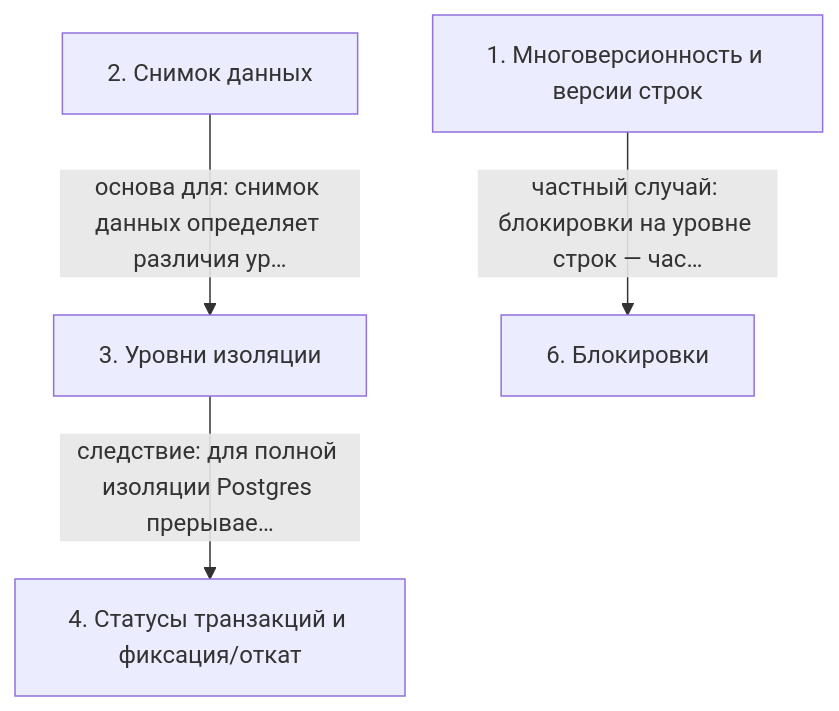
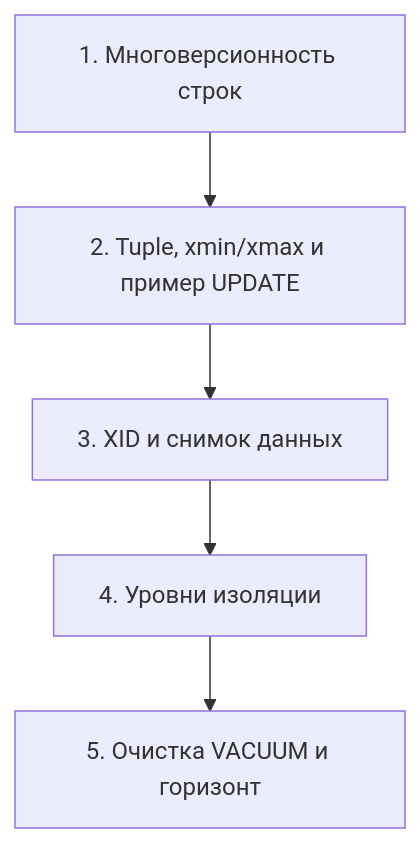
Before and after one commit to AsoloCode/notes: the diagram in postgres-dev1/04 - DEV1-16. 03. Изоляция и многоверсионность/notes.md, drawn with Mermaid. The commit also changed other lines of this file and 503 other files, not shown here.

First line of the commit message:
Обновить конспекты PostgreSQL (QPT-16, DEV1-16): слайды, схемы, факт-чек

````diff
--- a/postgres-dev1/04 - DEV1-16. 03. Изоляция и многоверсионность/notes.md
+++ b/postgres-dev1/04 - DEV1-16. 03. Изоляция и многоверсионность/notes.md
@@ -89,11 +151,12 @@
 ```mermaid
 flowchart TD
-    n1["1. Многоверсионность и версии строк"]
-    n2["2. Снимок данных"]
-    n3["3. Уровни изоляции"]
-    n4["4. Статусы транзакций и фиксация/откат"]
-    n6["6. Блокировки"]
-    n2 -->|основа для: снимок данных определяет различия ур…| n3
-    n3 -->|следствие: для полной изоляции Postgres прерывае…| n4
-    n1 -->|частный случай: блокировки на уровне строк — час…| n6
+    n1["1. Многоверсионность строк"]
+    n2["2. Tuple, xmin/xmax и пример UPDATE"]
+    n3["3. XID и снимок данных"]
+    n4["4. Уровни изоляции"]
+    n5["5. Очистка VACUUM и горизонт"]
+    n1 --> n2
+    n2 --> n3
+    n3 --> n4
+    n4 --> n5
 ```
````
